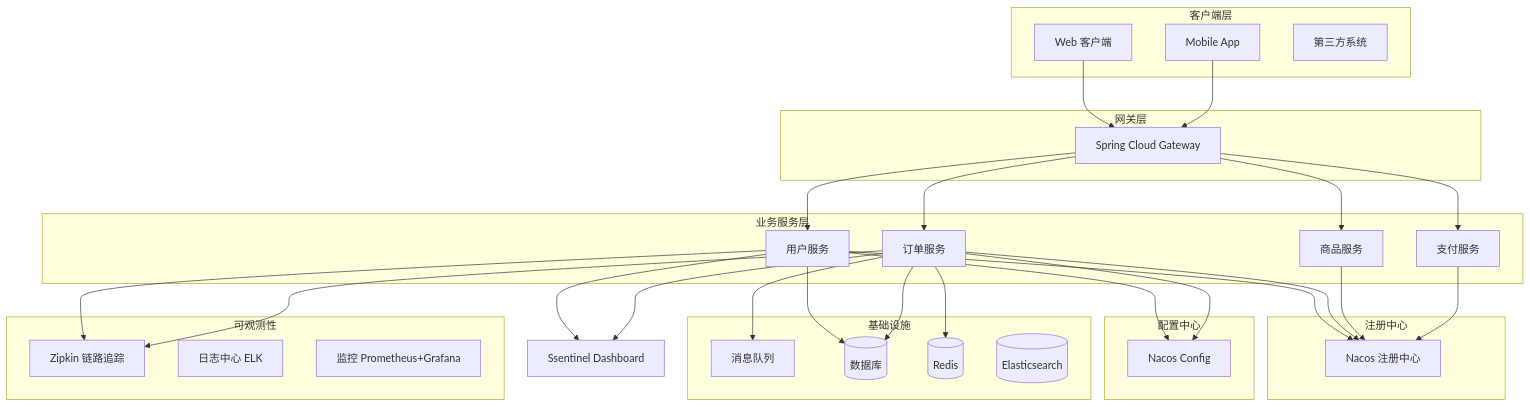
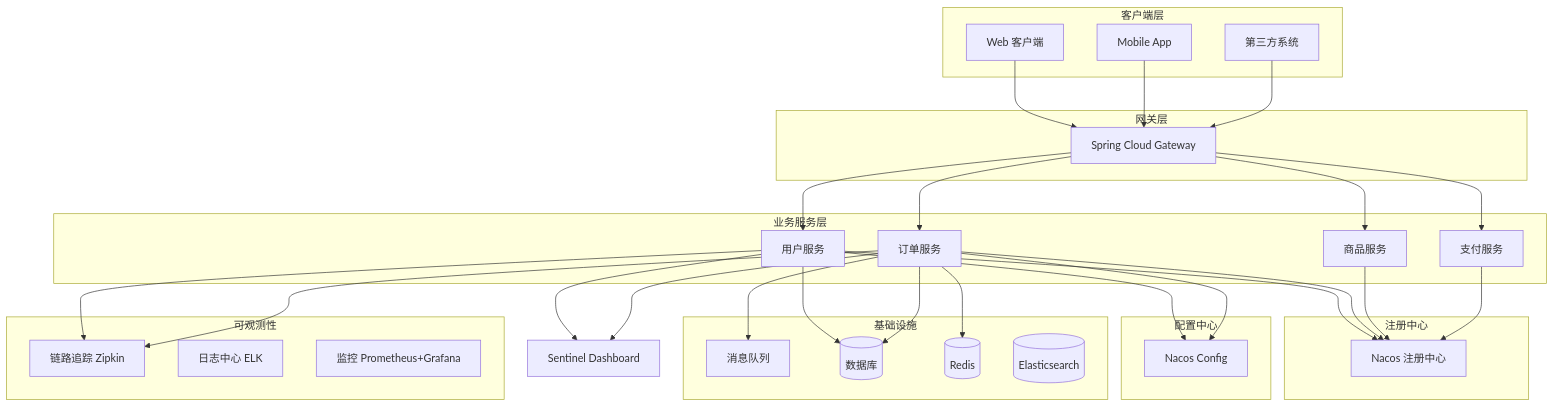
The first of 8 diagrams in 07-spring-cloud/README.md (kane201x/javadoc), drawn with Mermaid before and after one commit. The commit also changed other lines of this file and 12 other files, not shown here.

First line of the commit message:
fix: correct mermaid diagram syntax across all modules

````diff
--- a/07-spring-cloud/README.md
+++ b/07-spring-cloud/README.md
@@ -35,61 +35,62 @@
 ```mermaid
 graph TB
-    subgraph 客户端层
+    subgraph ClientLayer[客户端层]
         WEB[Web 客户端]
         APP[Mobile App]
         THIRD[第三方系统]
     end
 
-    subgraph 网关层
+    subgraph GatewayLayer[网关层]
         GW[Spring Cloud Gateway]
     end
 
-    subgraph 注册中心
-        Nacos[Nacos 注册中心]
+    subgraph RegistryCenter[注册中心]
+        NACOS[Nacos 注册中心]
     end
 
-    subgraph 配置中心
-        Config[Nacos Config]
+    subgraph ConfigCenter[配置中心]
+        CONFIG[Nacos Config]
     end
 
-    subgraph 业务服务层
+    subgraph ServiceLayer[业务服务层]
         User[用户服务]
         Order[订单服务]
         Product[商品服务]
         Pay[支付服务]
     end
 
-    subgraph 基础设施
+    subgraph Infra[基础设施]
         MQ[消息队列]
         DB[(数据库)]
-        Redis[(Redis)]
+        REDIS[(Redis)]
         ES[(Elasticsearch)]
     end
 
-    subgraph 可观测性
+    subgraph Observability[可观测性]
         Zipkin[链路追踪 Zipkin]
-        Log[日志中心 ELK]
+        LOG[日志中心 ELK]
         Monitor[监控 Prometheus+Grafana]
     end
 
-    WEB --> GW[Spring Cloud Gateway]
+    WEB --> GW
     APP --> GW
+    THIRD --> GW
     GW --> User
     GW --> Order
     GW --> Product
     GW --> Pay
-    User --> Nacos[Nacos 注册中心]
-    Order --> Nacos
-    Product --> Nacos
-    Pay --> Nacos
-    User --> Config[Nacos Config]
-    Order --> Config
+    User --> NACOS
+    Order --> NACOS
+    Product --> NACOS
+    Pay --> NACOS
+    User --> CONFIG
+    Order --> CONFIG
     User --> DB
     Order --> DB
-    Order --> MQ[消息队列]
-    Order --> Redis
-    User --> Zipkin[Zipkin 链路追踪]
+    Order --> MQ
+    Order --> REDIS
+    User --> Zipkin
     Order --> Zipkin
-    User --> Sentinel[Ssentinel Dashboard]
+    User --> Sentinel[Sentinel Dashboard]
     Order --> Sentinel
 ```
````
